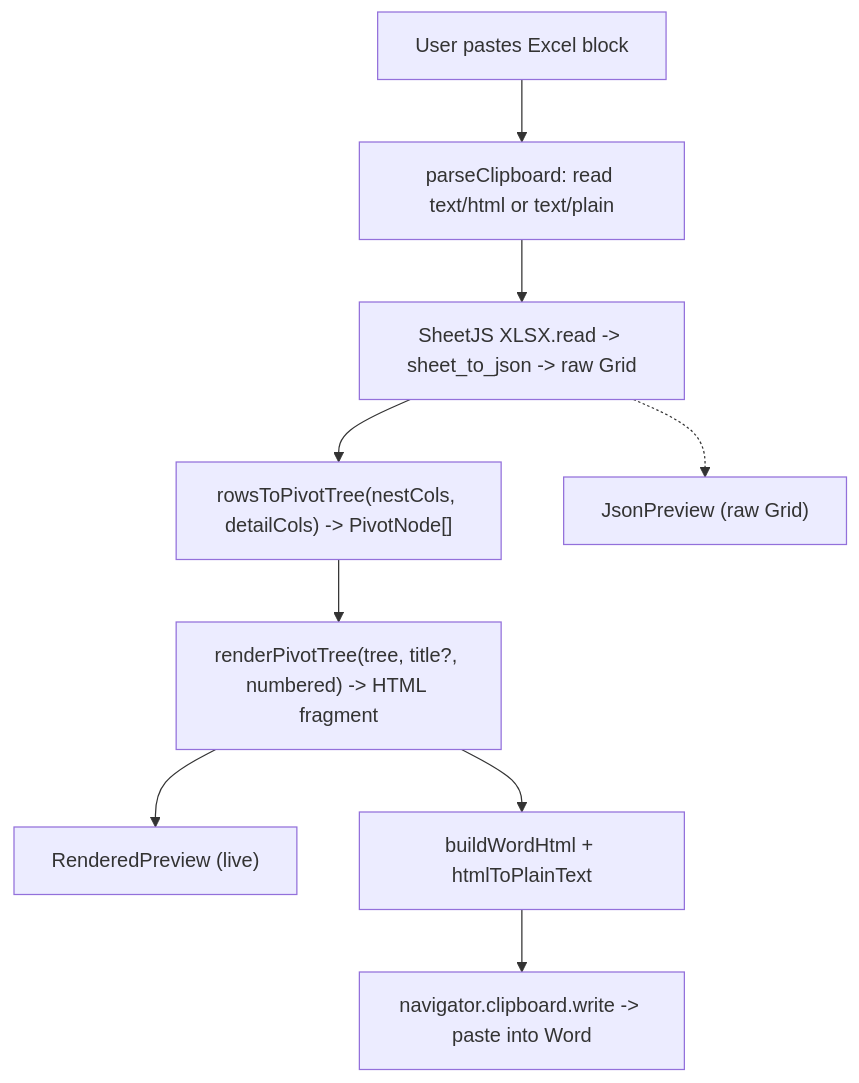
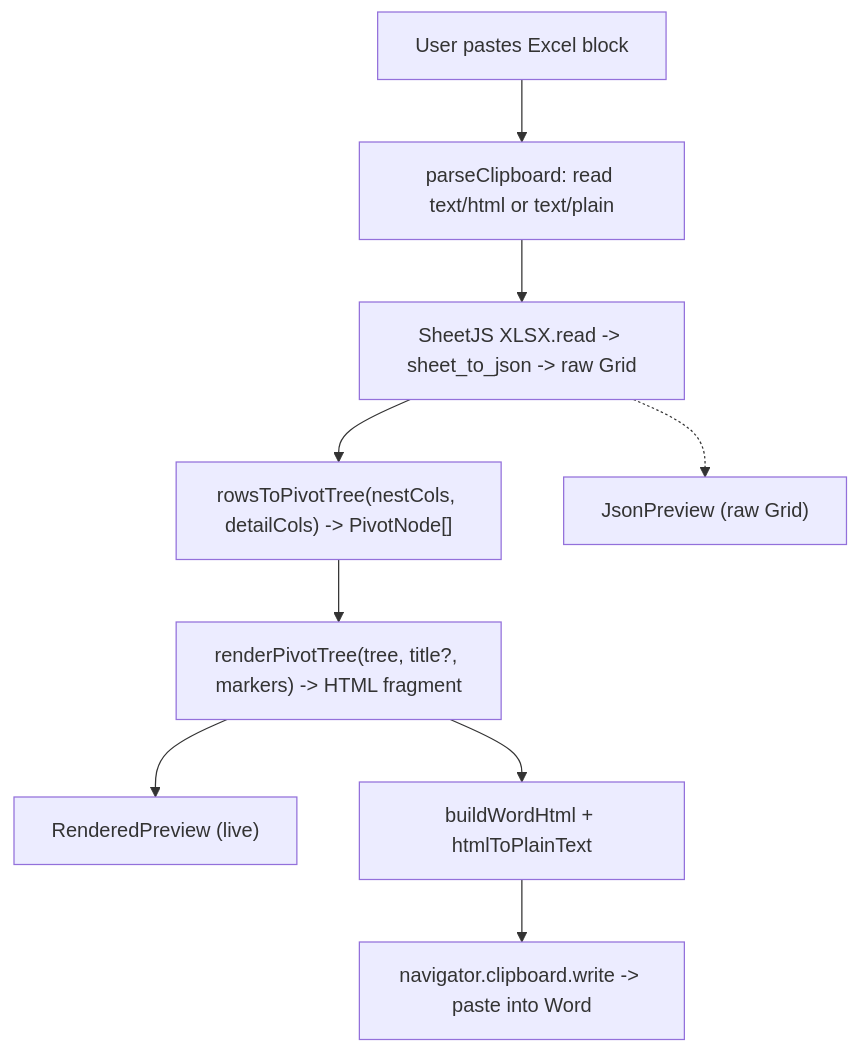
The diagram in docs/ARCHITECTURE.md (maybiiLen/Excel-Parser-), drawn with Mermaid before and after one commit. The commit also changed other lines of this file and 7 other files, not shown here.

````diff
--- a/docs/ARCHITECTURE.md
+++ b/docs/ARCHITECTURE.md
@@ -65,15 +65,15 @@
 ```mermaid
 flowchart TD
     A["User pastes Excel block"]
     B["parseClipboard: read text/html or text/plain"]
     C["SheetJS XLSX.read -> sheet_to_json -> raw Grid"]
     PV["rowsToPivotTree(nestCols, detailCols) -> PivotNode[]"]
-    RP["renderPivotTree(tree, title?, numbered) -> HTML fragment"]
+    RP["renderPivotTree(tree, title?, markers) -> HTML fragment"]
     P["RenderedPreview (live)"]
     J["JsonPreview (raw Grid)"]
     W["buildWordHtml + htmlToPlainText"]
     X["navigator.clipboard.write -> paste into Word"]
     A --> B --> C --> PV --> RP --> P
     C -.-> J
     RP --> W --> X
 ```
````
